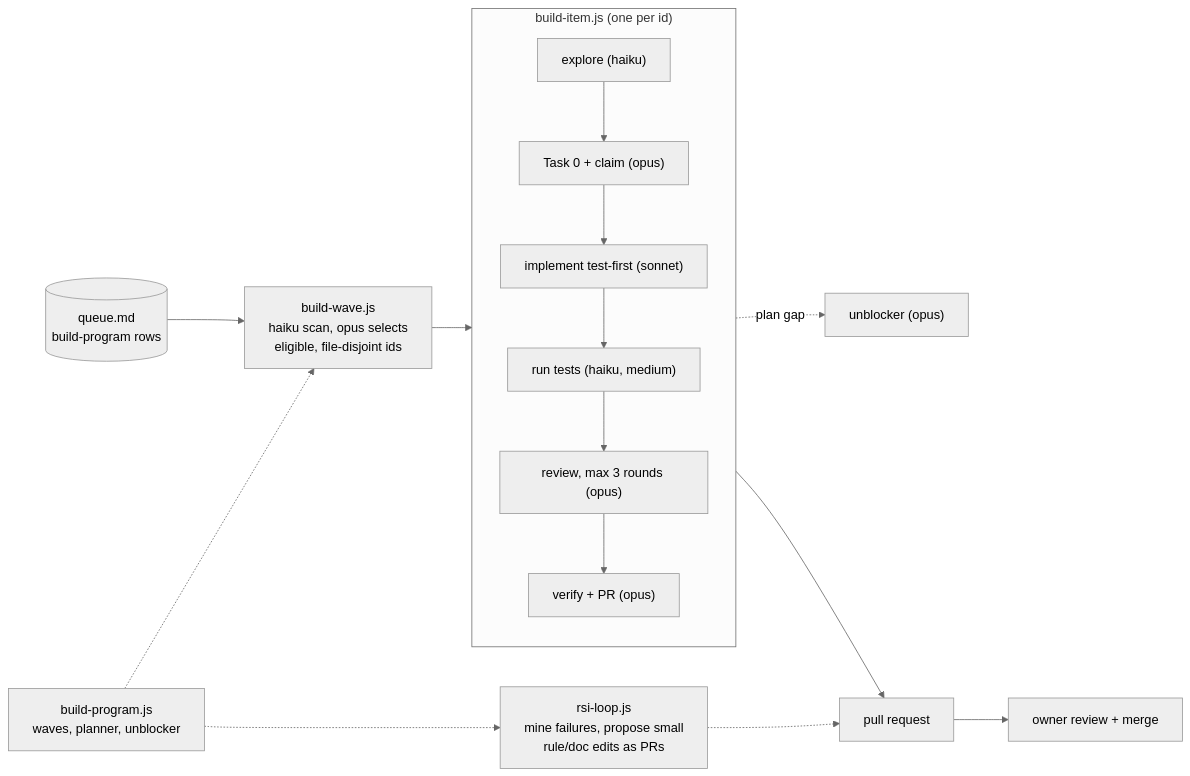
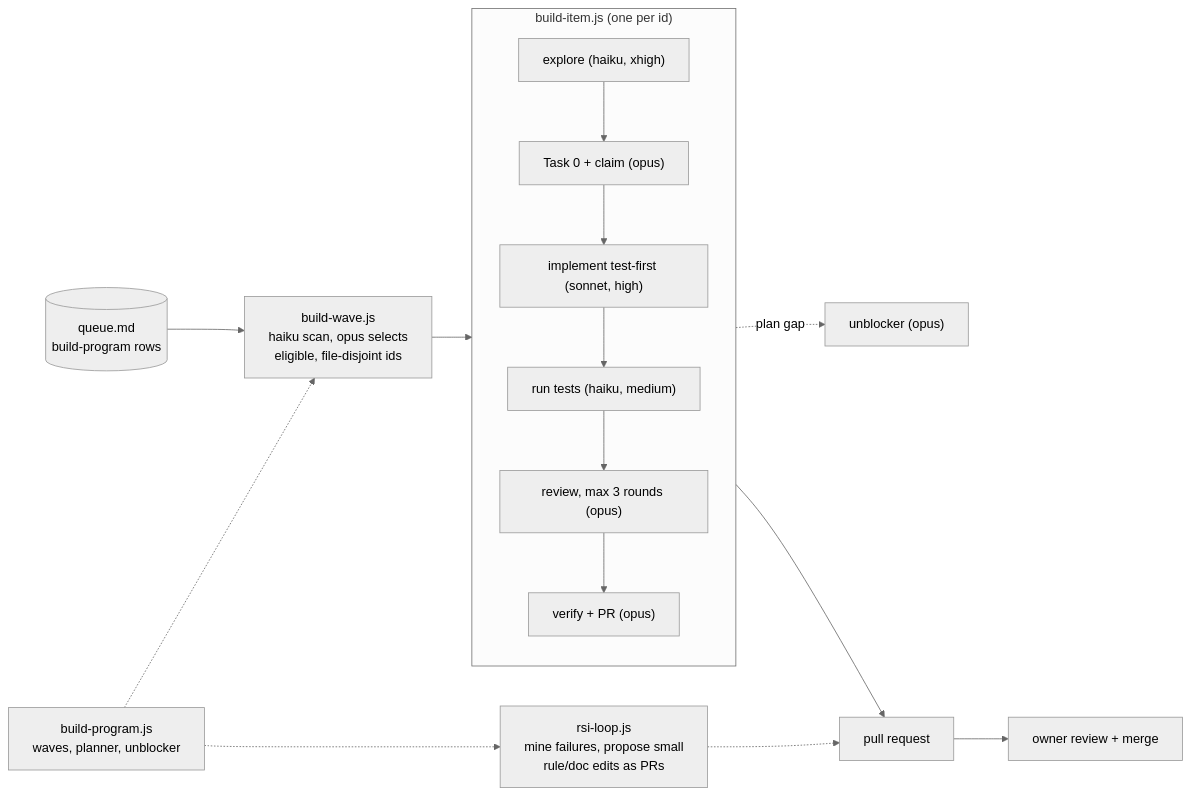
The fourth of 4 diagrams in docs/architecture/overview.md (BrooklynD23/HealthCentral), drawn with Mermaid (neutral theme) before and after one commit. The commit also changed 9 other files, not shown here.

First line of the commit message:
docs: Haiku xhigh explores, Sonnet implements at effort high (MODEL-ROUTING-SONNET-IMPL)

````diff
--- a/docs/architecture/overview.md
+++ b/docs/architecture/overview.md
@@ -146,19 +146,19 @@
 ```mermaid
 flowchart LR
     Q[("queue.md<br/>build-program rows")] --> WAVE["build-wave.js<br/>haiku scan, opus selects<br/>eligible, file-disjoint ids"]
     WAVE --> ITEM
     subgraph ITEM["build-item.js (one per id)"]
         direction TB
-        E["explore (haiku)"] --> T0["Task 0 + claim (opus)"]
-        T0 --> IMP["implement test-first (sonnet)"]
+        E["explore (haiku, xhigh)"] --> T0["Task 0 + claim (opus)"]
+        T0 --> IMP["implement test-first (sonnet, high)"]
         IMP --> TST["run tests (haiku, medium)"]
         TST --> REV["review, max 3 rounds (opus)"]
         REV --> VER["verify + PR (opus)"]
     end
     T0 -.->|"plan gap"| UNB["unblocker (opus)"]
     VER --> PR["pull request"]
     PR --> OWN["owner review + merge"]
     PRG["build-program.js<br/>waves, planner, unblocker"] -.-> WAVE
     PRG -.-> RSI["rsi-loop.js<br/>mine failures, propose small<br/>rule/doc edits as PRs"]
     RSI -.-> PR
 ```
````
